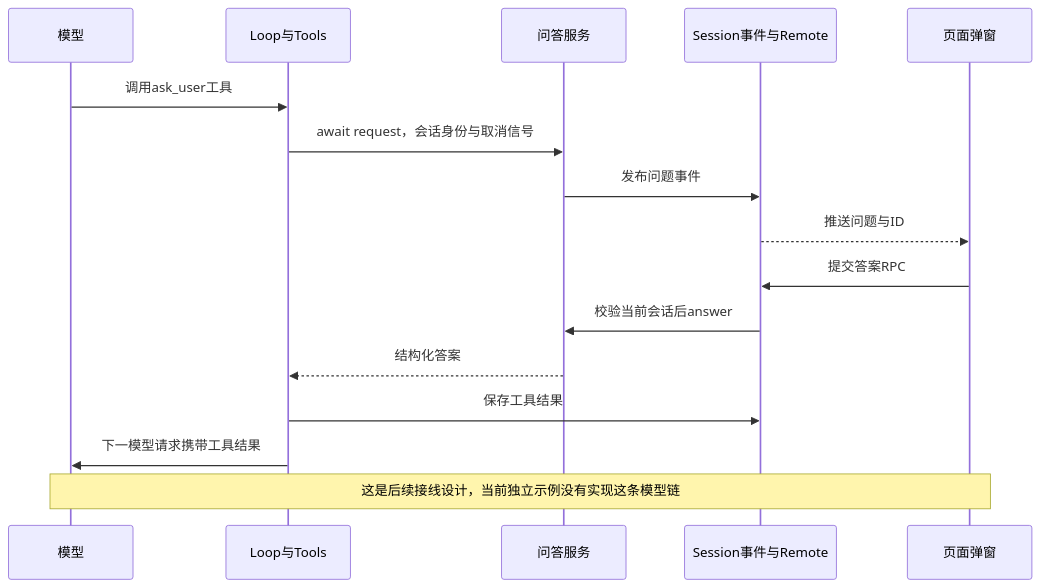
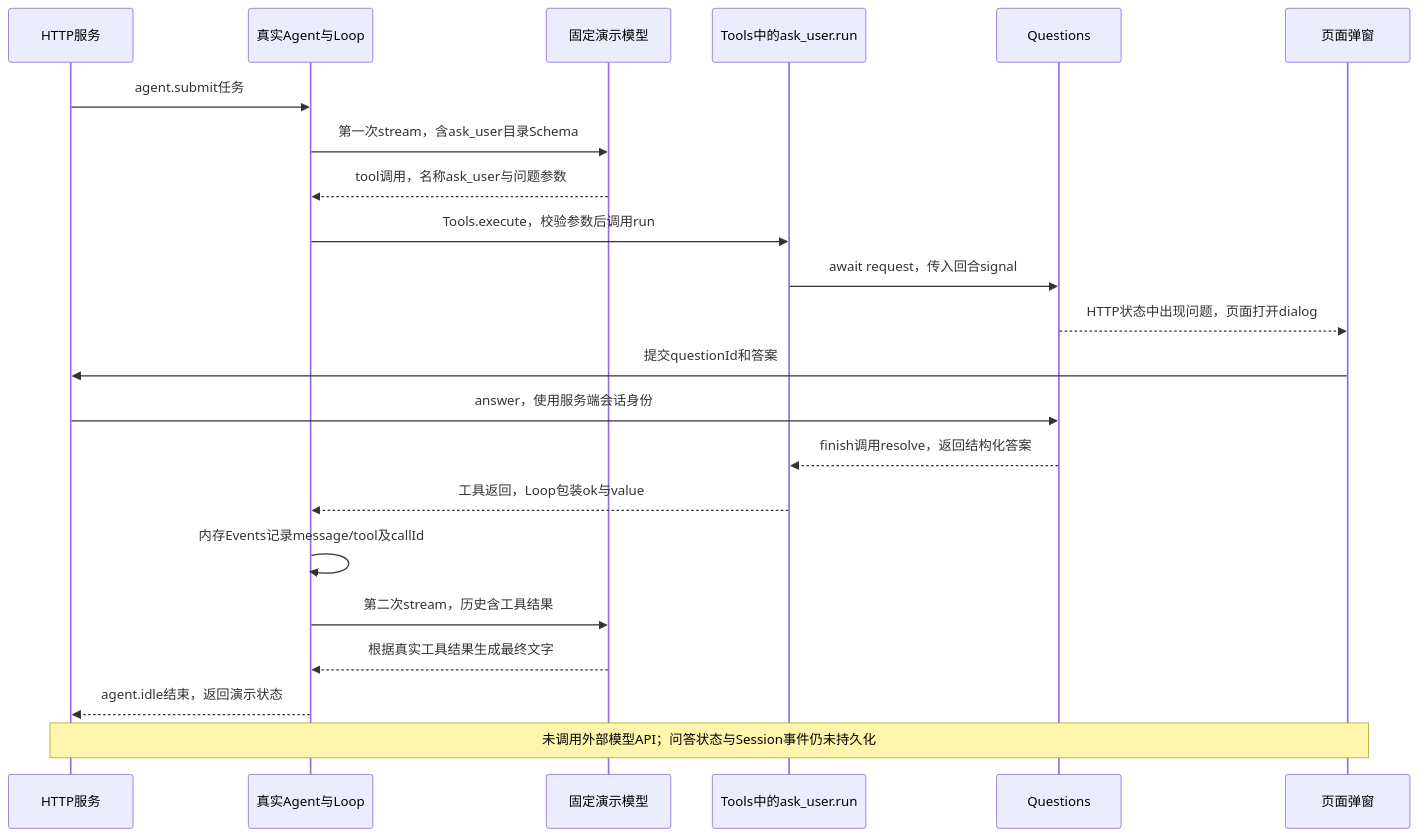
One commit to dddddd889/deepseek-harness-demo changed the third of 6 diagrams in tutorial/linear/supplements/023-user-questions.md. Above: the diagram before and after it, drawn with Mermaid. The commit also changed other lines of this file and 6 other files, not shown here.

````diff
--- a/tutorial/linear/supplements/023-user-questions.md
+++ b/tutorial/linear/supplements/023-user-questions.md
@@ -130,18 +153,24 @@
 ```mermaid
 sequenceDiagram
-    participant M as 模型
-    participant L as Loop与Tools
-    participant Q as 问答服务
-    participant S as Session事件与Remote
+    participant H as HTTP服务
+    participant A as 真实Agent与Loop
+    participant M as 固定演示模型
+    participant T as Tools中的ask_user.run
+    participant Q as Questions
     participant P as 页面弹窗
-    M->>L: 调用ask_user工具
-    L->>Q: await request，会话身份与取消信号
-    Q->>S: 发布问题事件
-    S-->>P: 推送问题与ID
-    P->>S: 提交答案RPC
-    S->>Q: 校验当前会话后answer
-    Q-->>L: 结构化答案
-    L->>S: 保存工具结果
-    L->>M: 下一模型请求携带工具结果
-    Note over M,P: 这是后续接线设计，当前独立示例没有实现这条模型链
+    H->>A: agent.submit任务
+    A->>M: 第一次stream，含ask_user目录Schema
+    M-->>A: tool调用，名称ask_user与问题参数
+    A->>T: Tools.execute，校验参数后调用run
+    T->>Q: await request，传入回合signal
+    Q-->>P: HTTP状态中出现问题，页面打开dialog
+    P->>H: 提交questionId和答案
+    H->>Q: answer，使用服务端会话身份
+    Q-->>T: finish调用resolve，返回结构化答案
+    T-->>A: 工具返回，Loop包装ok与value
+    A->>A: 内存Events记录message/tool及callId
+    A->>M: 第二次stream，历史含工具结果
+    M-->>A: 根据真实工具结果生成最终文字
+    A-->>H: agent.idle结束，返回演示状态
+    Note over H,P: 未调用外部模型API；问答状态与Session事件仍未持久化
 ```
````
